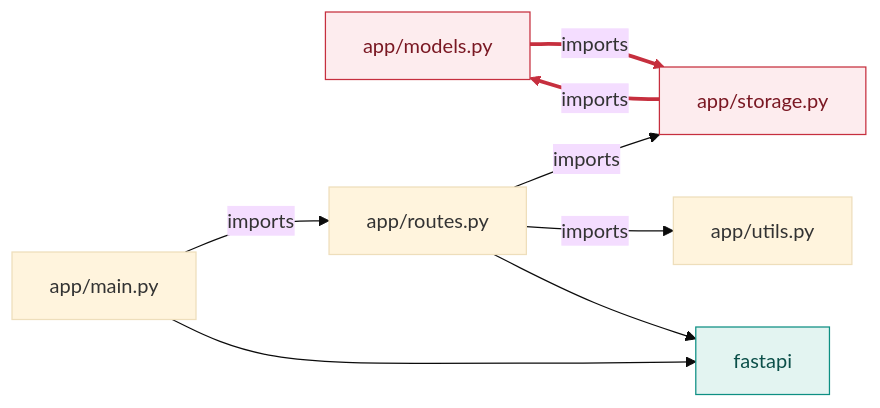
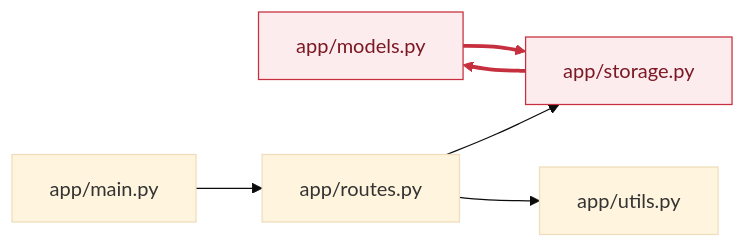
The diagram in examples/python-todo-api/docs/codemap/dependency-graph.md (hxxnn/codemap), drawn with Mermaid (base theme) before and after one commit. The commit also changed other lines of this file and 44 other files, not shown here.

````diff
--- a/examples/python-todo-api/docs/codemap/dependency-graph.md
+++ b/examples/python-todo-api/docs/codemap/dependency-graph.md
@@ -16,21 +14,16 @@
 ```mermaid
 flowchart LR
-    models["app/models.py"]
-    storage["app/storage.py"]
-    main["app/main.py"]
-    routes["app/routes.py"]
-    utils["app/utils.py"]
-    fastapi["fastapi"]:::external
-    models -->|"imports"| storage
-    storage -->|"imports"| models
-    main -->|"imports"| routes
-    routes -->|"imports"| storage
-    routes -->|"imports"| utils
-    main --> fastapi
-    routes --> fastapi
-    linkStyle 0 stroke:#C62F3E,stroke-width:3px
-    linkStyle 1 stroke:#C62F3E,stroke-width:3px
-    classDef external fill:#E3F4F1,stroke:#0E8F83,color:#0B4F49
-    classDef cycle fill:#FDECEE,stroke:#C62F3E,color:#7A1823
-    class models,storage cycle
+  n3["app/models.py"]:::cycle
+  n4["app/storage.py"]:::cycle
+  n1["app/main.py"]
+  n2["app/routes.py"]
+  n5["app/utils.py"]
+  n3 --> n4
+  n4 --> n3
+  n1 --> n2
+  n2 --> n4
+  n2 --> n5
+  linkStyle 0 stroke:#C62F3E,stroke-width:3px
+  linkStyle 1 stroke:#C62F3E,stroke-width:3px
+  classDef cycle fill:#FDECEE,stroke:#C62F3E,color:#7A1823
 ```
````
